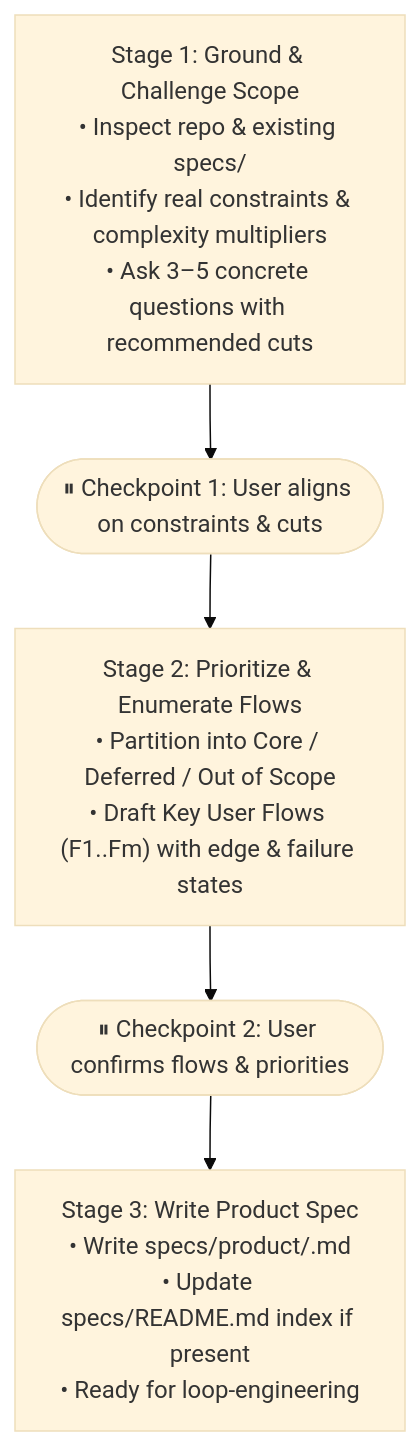
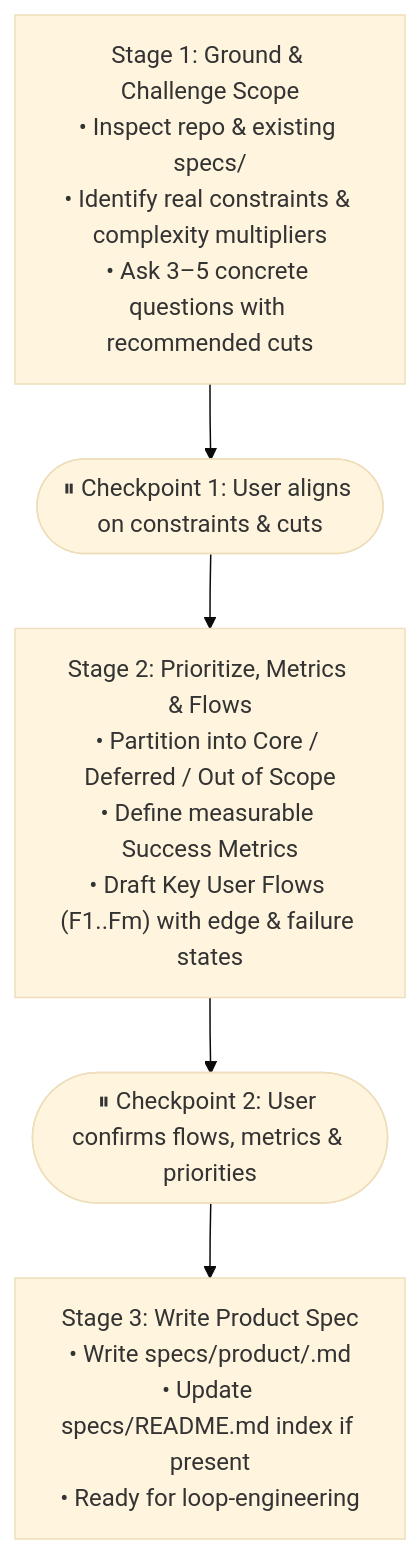
Before and after one commit to yoyothesheep/claude-skills: the diagram in product-scoping/SKILL.md, drawn with Mermaid (base theme). The commit also changed other lines of this file and 8 other files, not shown here.

Commit message:
Add success metrics, root-cause rule, and skill test cases

````diff
--- a/product-scoping/SKILL.md
+++ b/product-scoping/SKILL.md
@@ -38,18 +41,19 @@
 ```mermaid
 flowchart TD
     S1["Stage 1: Ground & Challenge Scope
 • Inspect repo & existing specs/
 • Identify real constraints & complexity multipliers
 • Ask 3–5 concrete questions with recommended cuts"]
     C1(["⏸ Checkpoint 1: User aligns on constraints & cuts"])
-    S2["Stage 2: Prioritize & Enumerate Flows
+    S2["Stage 2: Prioritize, Metrics & Flows
 • Partition into Core / Deferred / Out of Scope
+• Define measurable Success Metrics
 • Draft Key User Flows (F1..Fm) with edge & failure states"]
-    C2(["⏸ Checkpoint 2: User confirms flows & priorities"])
+    C2(["⏸ Checkpoint 2: User confirms flows, metrics & priorities"])
     S3["Stage 3: Write Product Spec
 • Write specs/product/<slug>.md
 • Update specs/README.md index if present
 • Ready for loop-engineering"]
 
     S1 --> C1 --> S2 --> C2 --> S3
 ```
````
